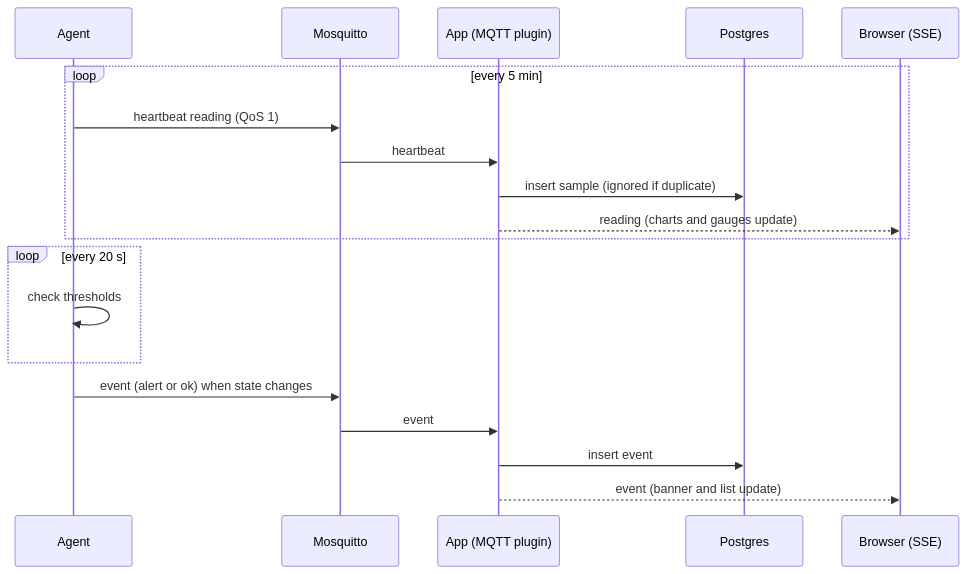
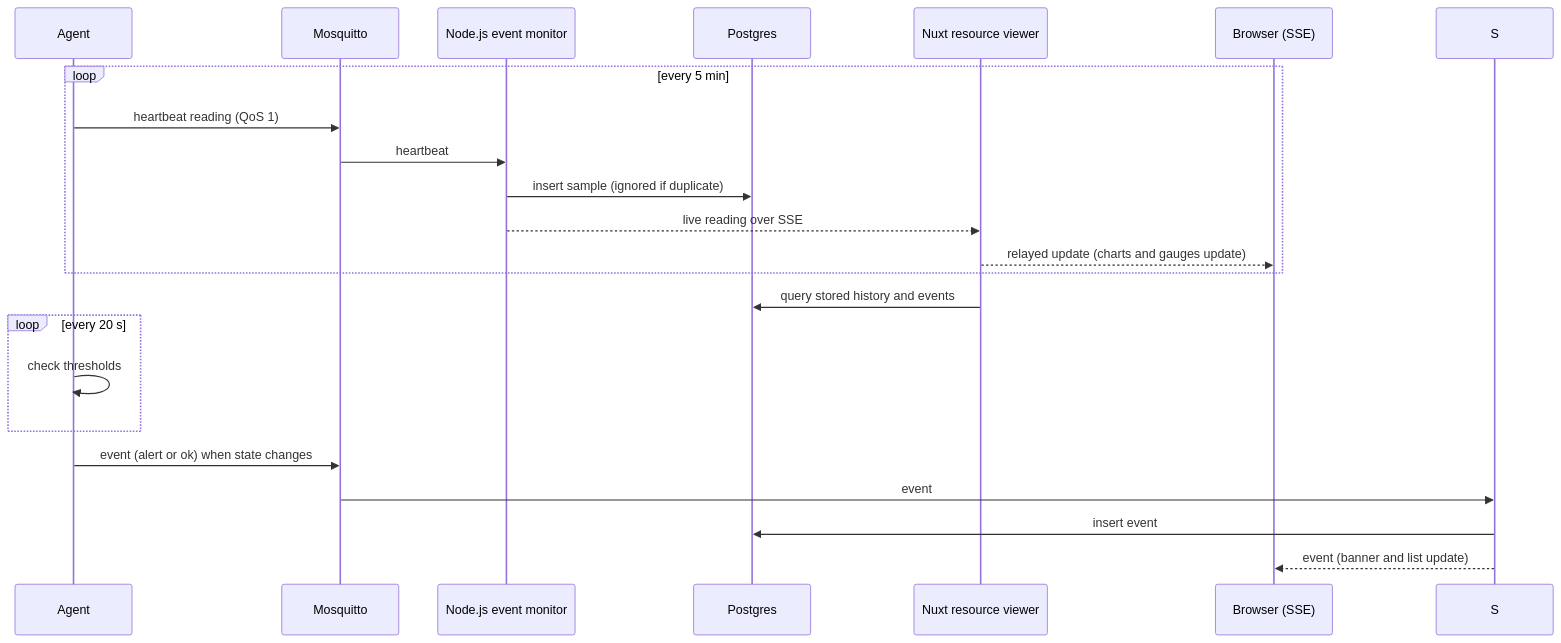
Before and after one commit to TryYourIdeas/get-server-metrics: the first of 2 diagrams in docs/user-guides/manual.md, drawn with Mermaid. The commit also changed other lines of this file and 22 other files, not shown here.

Commit message:
event monitor becomes its own node js app

````diff
--- a/docs/user-guides/manual.md
+++ b/docs/user-guides/manual.md
@@ -53,21 +55,24 @@
 ```mermaid
 sequenceDiagram
   participant A as Agent
   participant M as Mosquitto
-  participant S as App (MQTT plugin)
+  participant E as Node.js event monitor
   participant DB as Postgres
+  participant V as Nuxt resource viewer
   participant B as Browser (SSE)
   loop every 5 min
     A->>M: heartbeat reading (QoS 1)
-    M->>S: heartbeat
-    S->>DB: insert sample (ignored if duplicate)
-    S-->>B: reading (charts and gauges update)
+    M->>E: heartbeat
+    E->>DB: insert sample (ignored if duplicate)
+    E-->>V: live reading over SSE
+    V-->>B: relayed update (charts and gauges update)
   end
+  V->>DB: query stored history and events
   loop every 20 s
     A->>A: check thresholds
   end
   A->>M: event (alert or ok) when state changes
   M->>S: event
   S->>DB: insert event
   S-->>B: event (banner and list update)
 ```
````
